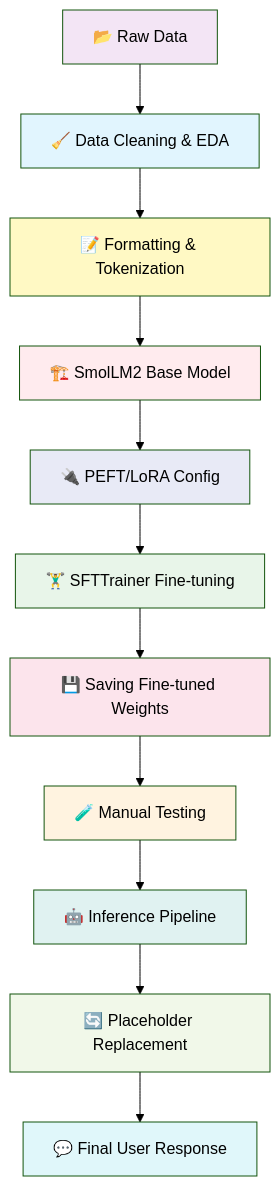
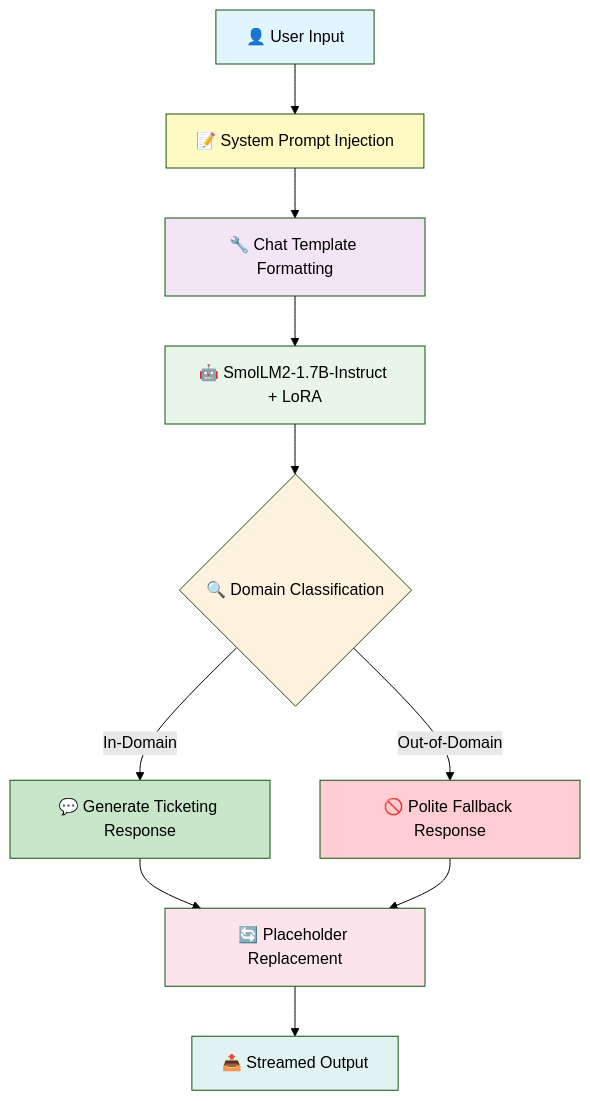
The diagram in README.md (JustToTryModels/hfsmollm2), drawn with Mermaid (forest theme) before and after one commit. The commit also changed other lines of this file, not shown here.

````diff
--- a/README.md
+++ b/README.md
@@ -115,25 +112,22 @@
 ```mermaid
 graph TB
-    A[📂 Raw Data] --> B[🧹 Data Cleaning & EDA]
-    B --> C[📝 Formatting & Tokenization]
-    C --> D[🏗️ SmolLM2 Base Model]
-    D --> E[🔌 PEFT/LoRA Config]
-    E --> F[🏋️‍♂️ SFTTrainer Fine-tuning]
-    F --> G[💾 Saving Fine-tuned Weights]
-    G --> H[🧪 Manual Testing]
-    H --> I[🤖 Inference Pipeline]
-    I --> J[🔄 Placeholder Replacement]
-    J --> K[💬 Final User Response]
+    A[👤 User Input] --> B[📝 System Prompt Injection]
+    B --> C[🔧 Chat Template Formatting]
+    C --> D[🤖 SmolLM2-1.7B-Instruct + LoRA]
+    D --> E{🔍 Domain Classification}
+    E -->|In-Domain| F[💬 Generate Ticketing Response]
+    E -->|Out-of-Domain| G[🚫 Polite Fallback Response]
+    F --> H[🔄 Placeholder Replacement]
+    G --> H
+    H --> I[📤 Streamed Output]
     
-    style A fill:#f3e5f5
-    style B fill:#e1f5fe
-    style C fill:#fff9c4
-    style D fill:#ffebee
-    style E fill:#e8eaf6
-    style F fill:#e8f5e9
-    style G fill:#fce4ec
-    style H fill:#fff3e0
+    style A fill:#e1f5fe
+    style B fill:#fff9c4
+    style C fill:#f3e5f5
+    style D fill:#e8f5e9
+    style E fill:#fff3e0
+    style F fill:#c8e6c9
+    style G fill:#ffcdd2
+    style H fill:#fce4ec
     style I fill:#e0f2f1
-    style J fill:#f1f8e9
-    style K fill:#e0f7fa
 ```
````
